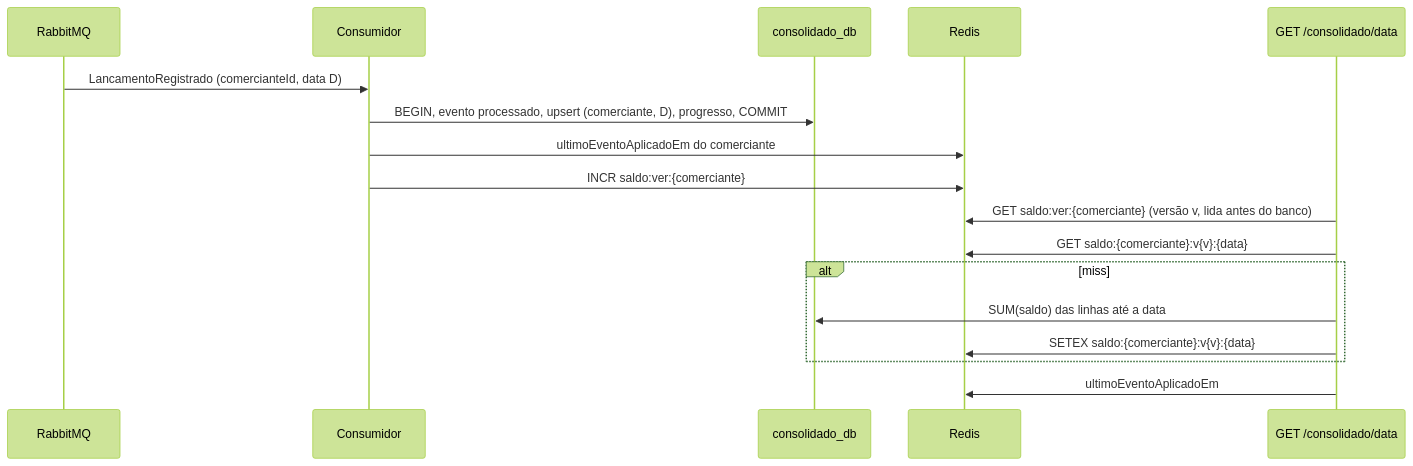
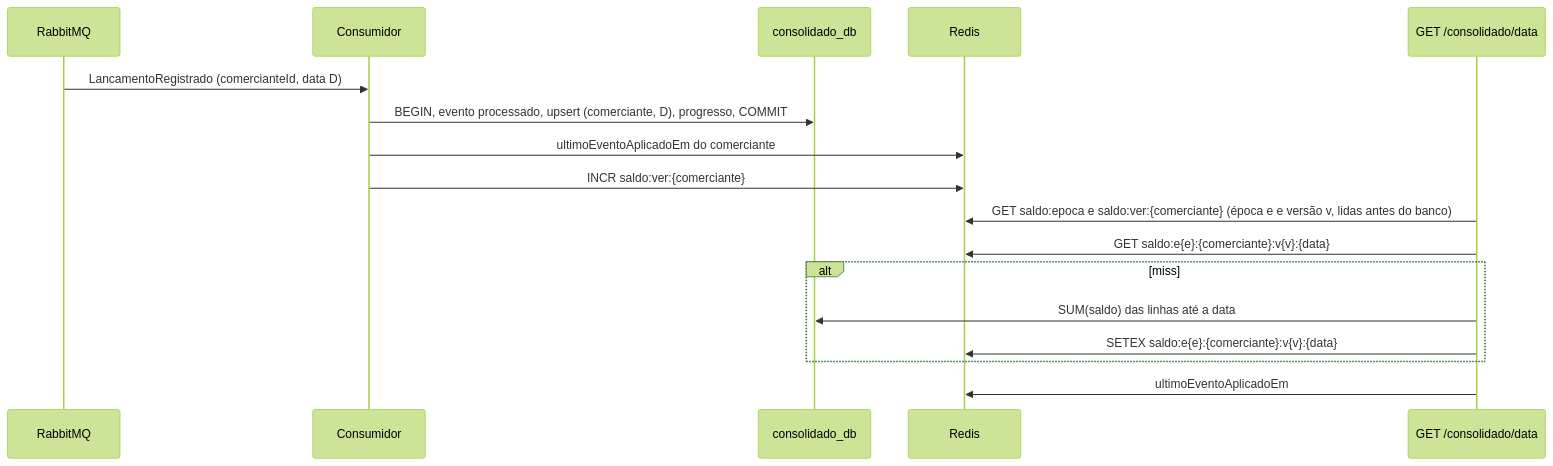
The diagram in docs/adrs/ADR-009-saldo-acumulado-e-multi-comerciante.md (Matheussferreira/desafio-carrefour), drawn with Mermaid (forest theme) before and after one commit. The commit also changed other lines of this file and 18 other files, not shown here.

````diff
--- a/docs/adrs/ADR-009-saldo-acumulado-e-multi-comerciante.md
+++ b/docs/adrs/ADR-009-saldo-acumulado-e-multi-comerciante.md
@@ -57,20 +57,20 @@
 ```mermaid
 sequenceDiagram
     participant MQ as RabbitMQ
     participant C as Consumidor
     participant DB as consolidado_db
     participant R as Redis
     participant API as GET /consolidado/data
 
     MQ->>C: LancamentoRegistrado (comercianteId, data D)
     C->>DB: BEGIN, evento processado, upsert (comerciante, D), progresso, COMMIT
     C->>R: ultimoEventoAplicadoEm do comerciante
     C->>R: INCR saldo:ver:{comerciante}
-    API->>R: GET saldo:ver:{comerciante} (versão v, lida antes do banco)
-    API->>R: GET saldo:{comerciante}:v{v}:{data}
+    API->>R: GET saldo:epoca e saldo:ver:{comerciante} (época e e versão v, lidas antes do banco)
+    API->>R: GET saldo:e{e}:{comerciante}:v{v}:{data}
     alt miss
         API->>DB: SUM(saldo) das linhas até a data
-        API->>R: SETEX saldo:{comerciante}:v{v}:{data}
+        API->>R: SETEX saldo:e{e}:{comerciante}:v{v}:{data}
     end
     API->>R: ultimoEventoAplicadoEm
 ```
````
